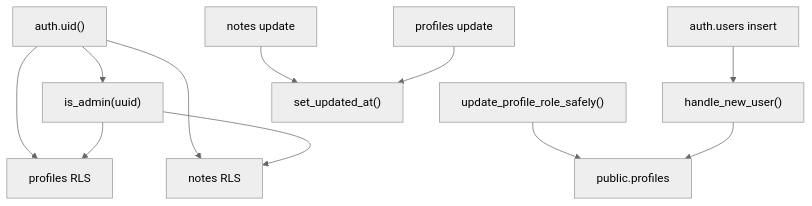
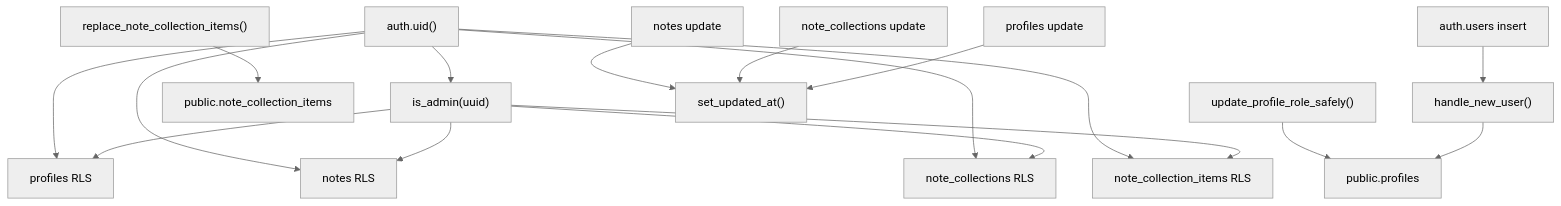
Before and after one commit to palmer67/ai-note: the second of 2 diagrams in docs/architecture/05-database-and-rls.md, drawn with Mermaid (neutral theme). The commit also changed other lines of this file and 13 other files, not shown here.

````diff
--- a/docs/architecture/05-database-and-rls.md
+++ b/docs/architecture/05-database-and-rls.md
@@ -50,15 +70,21 @@
 ```mermaid
 flowchart TD
   AuthUser["auth.uid()"] --> ProfilePolicy["profiles RLS"]
   AuthUser --> NotePolicy["notes RLS"]
+  AuthUser --> CollectionPolicy["note_collections RLS"]
+  AuthUser --> CollectionItemPolicy["note_collection_items RLS"]
   AuthUser --> IsAdmin["is_admin(uuid)"]
 
   IsAdmin --> ProfilePolicy
   IsAdmin --> NotePolicy
+  IsAdmin --> CollectionPolicy
+  IsAdmin --> CollectionItemPolicy
 
   AdminRpc["update_profile_role_safely()"] --> Profiles["public.profiles"]
+  ReplaceItemsRpc["replace_note_collection_items()"] --> CollectionItems["public.note_collection_items"]
   NewUser["auth.users insert"] --> Trigger["handle_new_user()"]
   Trigger --> Profiles
   UpdateNote["notes update"] --> Timestamp["set_updated_at()"]
+  UpdateCollection["note_collections update"] --> Timestamp
   UpdateProfile["profiles update"] --> Timestamp
 ```
````
